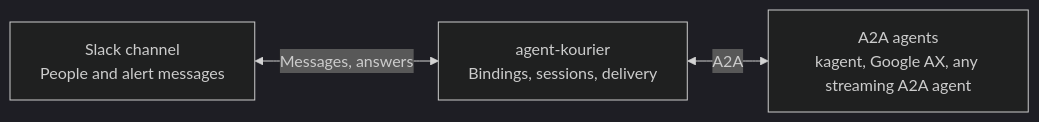
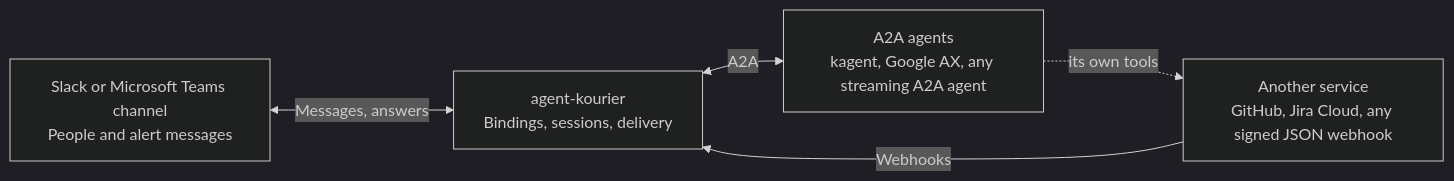
The first of 6 diagrams in docs/explanation/architecture.md (agentkourier/agent-kourier), drawn with Mermaid (dark theme) before and after one commit. The commit also changed other lines of this file and 40 other files, not shown here.

First line of the commit message:
docs: make webhooks and Microsoft Teams clear to set up for 0.6.0

````diff
--- a/docs/explanation/architecture.md
+++ b/docs/explanation/architecture.md
@@ -11,9 +12,12 @@
 ```mermaid
 flowchart LR
-    Slack["Slack channel<br/>People and alert messages"]
+    Chat["Slack or Microsoft Teams channel<br/>People and alert messages"]
+    Service["Another service<br/>GitHub, Jira Cloud, any signed JSON webhook"]
     AgentKourier["agent-kourier<br/>Bindings, sessions, delivery"]
     Agents["A2A agents<br/>kagent, Google AX, any streaming A2A agent"]
 
-    Slack <-->|Messages, answers| AgentKourier
+    Chat <-->|Messages, answers| AgentKourier
+    Service -->|Webhooks| AgentKourier
     AgentKourier <-->|A2A| Agents
+    Agents -.->|its own tools| Service
 ```
````
